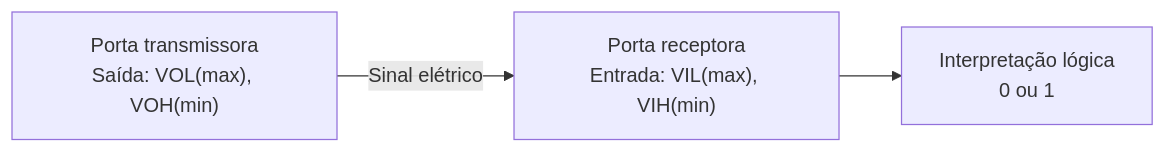
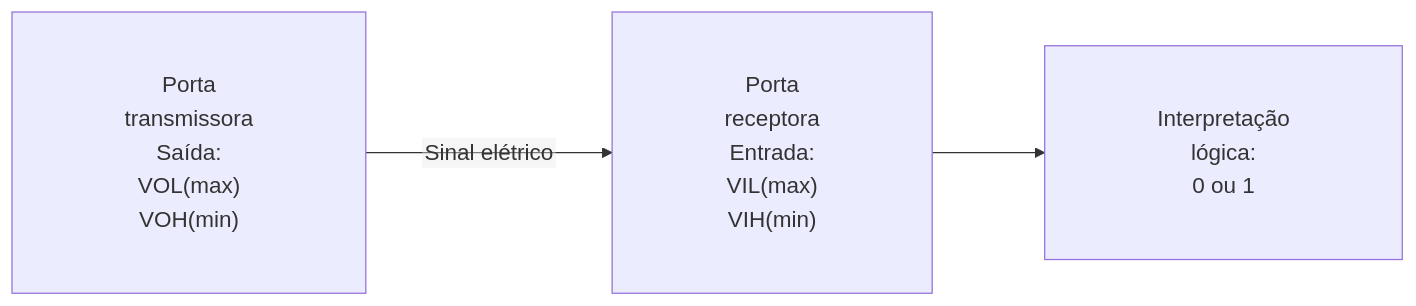
The second of 6 diagrams in example/digital-electronics/pt/introduction-to-digital-electronics.md (MathJSLab/mathjslab-markdown), drawn with Mermaid before and after one commit. The commit also changed other lines of this file and 2 other files, not shown here.

````diff
--- a/example/digital-electronics/pt/introduction-to-digital-electronics.md
+++ b/example/digital-electronics/pt/introduction-to-digital-electronics.md
@@ -373,5 +586,17 @@
 ```mermaid
+%%{init: {'themeVariables': {'fontSize': '18px'}, 'flowchart': {'nodeSpacing': 65, 'rankSpacing': 90, 'padding': 45, 'htmlLabels': false}}}%%
 flowchart LR
-    T["Porta transmissora<br/>Saída: VOL(max), VOH(min)"] -->|"Sinal elétrico"| R["Porta receptora<br/>Entrada: VIL(max), VIH(min)"]
-    R --> L["Interpretação lógica<br/>0 ou 1"]
+    T["`Porta
+    transmissora
+    Saída:
+    VOL(max)
+    VOH(min)`"] -->|"Sinal elétrico"| R["`Porta
+    receptora
+    Entrada:
+    VIL(max)
+    VIH(min)`"]
+
+    R --> L["`Interpretação
+    lógica:
+    0 ou 1`"]
 ```
````
